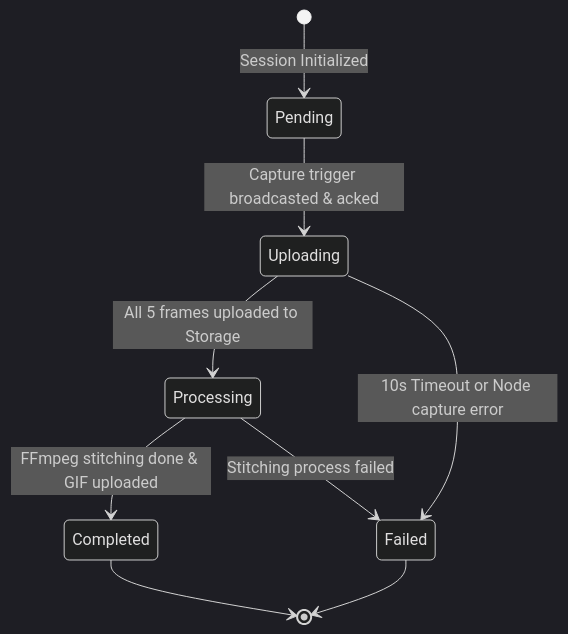
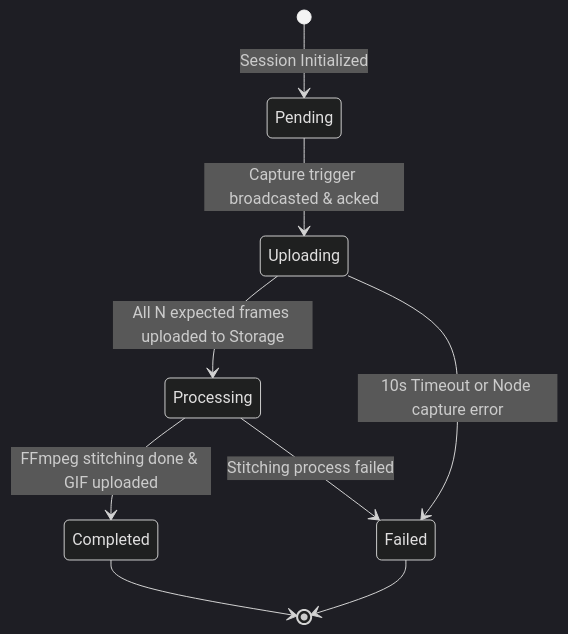
Before and after one commit to cjwhitsitt/moment: the diagram in specs/001-multi-camera-photo-booth/data-model.md, drawn with Mermaid (dark theme). The commit also changed other lines of this file and 16 other files, not shown here.

````diff
--- a/specs/001-multi-camera-photo-booth/data-model.md
+++ b/specs/001-multi-camera-photo-booth/data-model.md
@@ -56,11 +57,11 @@
 ```mermaid
 stateDiagram-v2
     [*] --> Pending : Session Initialized
     Pending --> Uploading : Capture trigger broadcasted & acked
-    Uploading --> Processing : All 5 frames uploaded to Storage
+    Uploading --> Processing : All N expected frames uploaded to Storage
     Uploading --> Failed : 10s Timeout or Node capture error
     Processing --> Completed : FFmpeg stitching done & GIF uploaded
     Processing --> Failed : Stitching process failed
     Completed --> [*]
     Failed --> [*]
 ```
````
